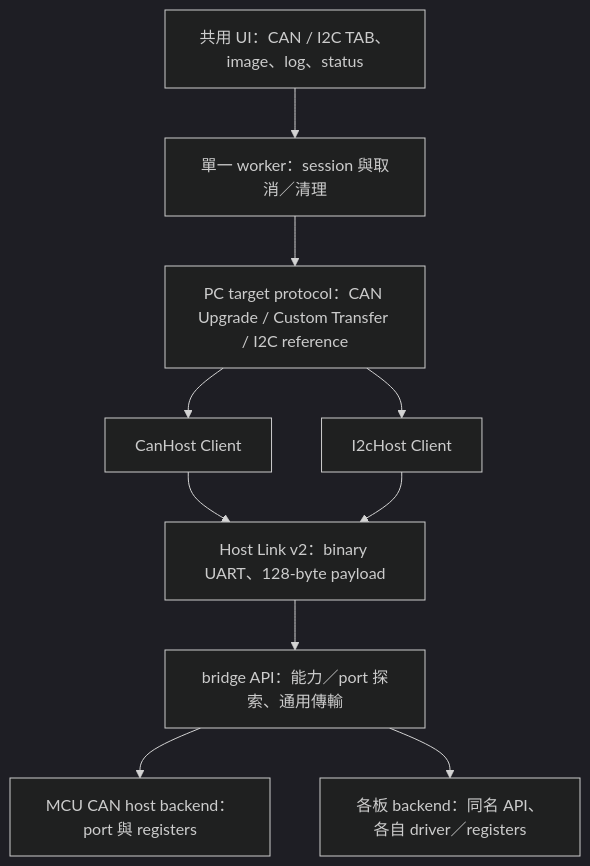
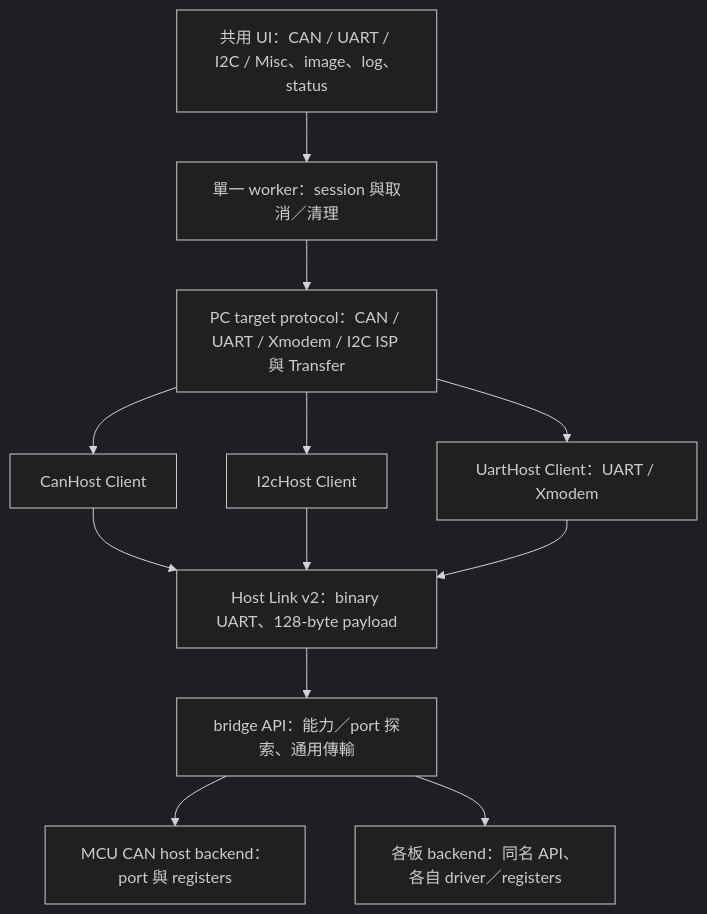
The first of 4 diagrams in docs/MULTIBUS_TOOL_GUIDE_zh-TW.md (released/simple_renesas_isp_tool), drawn with Mermaid (dark theme) before and after one commit. The commit also changed other lines of this file and 252 other files, not shown here.

````diff
--- a/docs/MULTIBUS_TOOL_GUIDE_zh-TW.md
+++ b/docs/MULTIBUS_TOOL_GUIDE_zh-TW.md
@@ -91,12 +96,14 @@
 ```mermaid
 flowchart TD
-    UI["共用 UI：CAN / I2C TAB、image、log、status"] --> W["單一 worker：session 與取消／清理"]
-    W --> T["PC target protocol：CAN Upgrade / Custom Transfer / I2C reference"]
+    UI["共用 UI：CAN / UART / I2C / Misc、image、log、status"] --> W["單一 worker：session 與取消／清理"]
+    W --> T["PC target protocol：CAN / UART / Xmodem / I2C ISP 與 Transfer"]
     T --> C["CanHost Client"]
     T --> I["I2cHost Client"]
+    T --> U["UartHost Client：UART / Xmodem"]
     C --> L["Host Link v2：binary UART、128-byte payload"]
     I --> L
+    U --> L
     L --> B["bridge API：能力／port 探索、通用傳輸"]
     B --> F["MCU CAN host backend：port 與 registers"]
     B --> R["各板 backend：同名 API、各自 driver／registers"]
 ```
````
